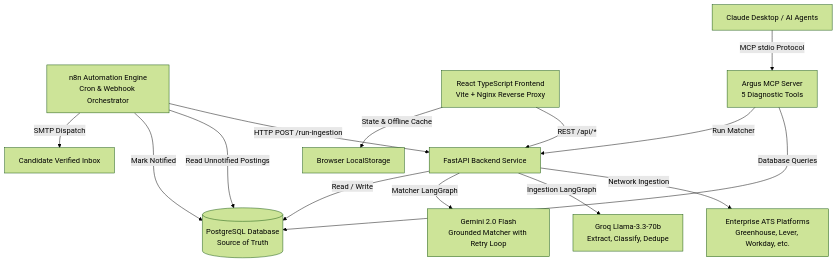
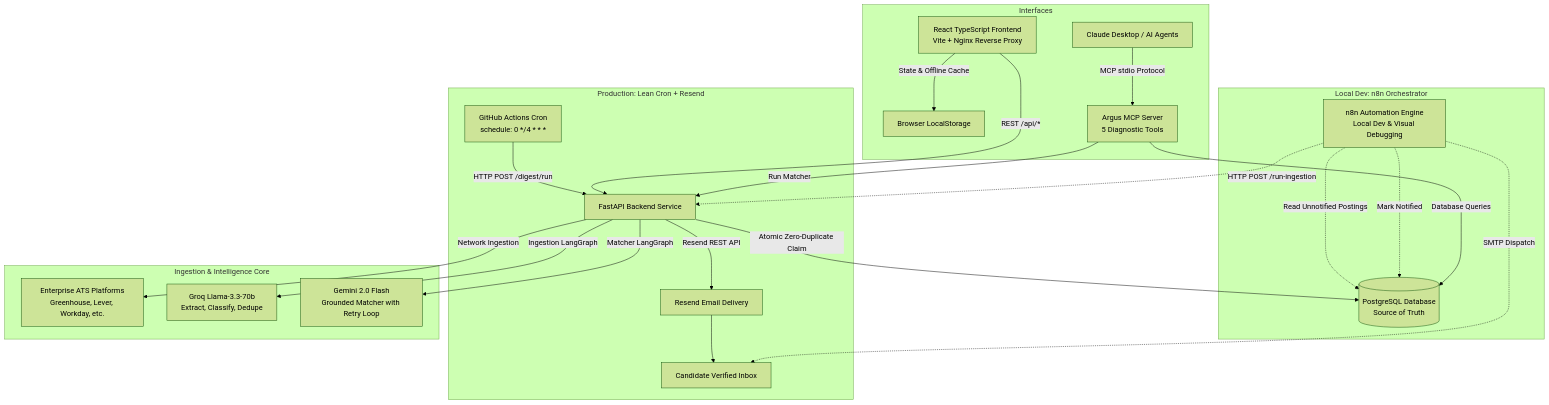
The first of 4 diagrams in README.md (jhanvi857/Argus), drawn with Mermaid (forest theme) before and after one commit. The commit also changed other lines of this file, not shown here.

Commit message:
docs: document local dev n8n vs production cron and Resend deployment trade-offs

````diff
--- a/README.md
+++ b/README.md
@@ -30,19 +30,30 @@
 ```mermaid
 graph TD
-    A[n8n Automation Engine<br/>Cron & Webhook Orchestrator] -->|HTTP POST /run-ingestion| B[FastAPI Backend Service]
-    A -->|Read Unnotified Postings| C[(PostgreSQL Database<br/>Source of Truth)]
-    A -->|Mark Notified| C
-    A -->|SMTP Dispatch| D[Candidate Verified Inbox]
+    subgraph Production Pipeline [Production: Lean Cron + Resend]
+        GHA[GitHub Actions Cron<br/>schedule: 0 */4 * * *] -->|HTTP POST /digest/run| B[FastAPI Backend Service]
+        B -->|Resend REST API| RESEND[Resend Email Delivery]
+        RESEND --> D[Candidate Verified Inbox]
+    end
 
-    B -->|Network Ingestion| E[Enterprise ATS Platforms<br/>Greenhouse, Lever, Workday, etc.]
-    B -->|Ingestion LangGraph| F[Groq Llama-3.3-70b<br/>Extract, Classify, Dedupe]
-    B -->|Matcher LangGraph| G[Gemini 2.0 Flash<br/>Grounded Matcher with Retry Loop]
-    B -->|Read / Write| C
+    subgraph Local Dev Pipeline [Local Dev: n8n Orchestrator]
+        A[n8n Automation Engine<br/>Local Dev & Visual Debugging] -.->|HTTP POST /run-ingestion| B
+        A -.->|Read Unnotified Postings| C[(PostgreSQL Database<br/>Source of Truth)]
+        A -.->|Mark Notified| C
+        A -.->|SMTP Dispatch| D
+    end
 
-    H[React TypeScript Frontend<br/>Vite + Nginx Reverse Proxy] -->|REST /api/*| B
-    H -->|State & Offline Cache| I[Browser LocalStorage]
+    subgraph Ingestion & Intelligence Core
+        B -->|Network Ingestion| E[Enterprise ATS Platforms<br/>Greenhouse, Lever, Workday, etc.]
+        B -->|Ingestion LangGraph| F[Groq Llama-3.3-70b<br/>Extract, Classify, Dedupe]
+        B -->|Matcher LangGraph| G[Gemini 2.0 Flash<br/>Grounded Matcher with Retry Loop]
+        B -->|Atomic Zero-Duplicate Claim| C
+    end
 
-    J[Claude Desktop / AI Agents] -->|MCP stdio Protocol| K[Argus MCP Server<br/>5 Diagnostic Tools]
-    K -->|Database Queries| C
-    K -->|Run Matcher| B
+    subgraph Interfaces
+        H[React TypeScript Frontend<br/>Vite + Nginx Reverse Proxy] -->|REST /api/*| B
+        H -->|State & Offline Cache| I[Browser LocalStorage]
+        J[Claude Desktop / AI Agents] -->|MCP stdio Protocol| K[Argus MCP Server<br/>5 Diagnostic Tools]
+        K -->|Database Queries| C
+        K -->|Run Matcher| B
+    end
 ```
````
